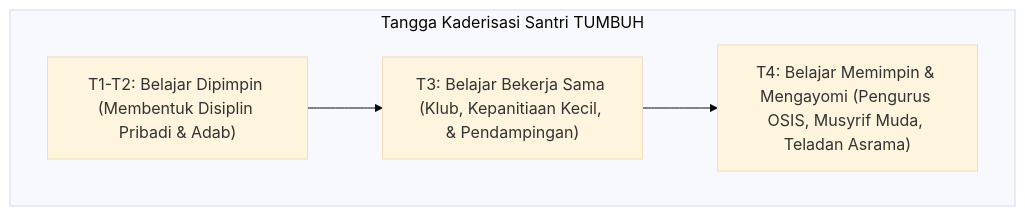
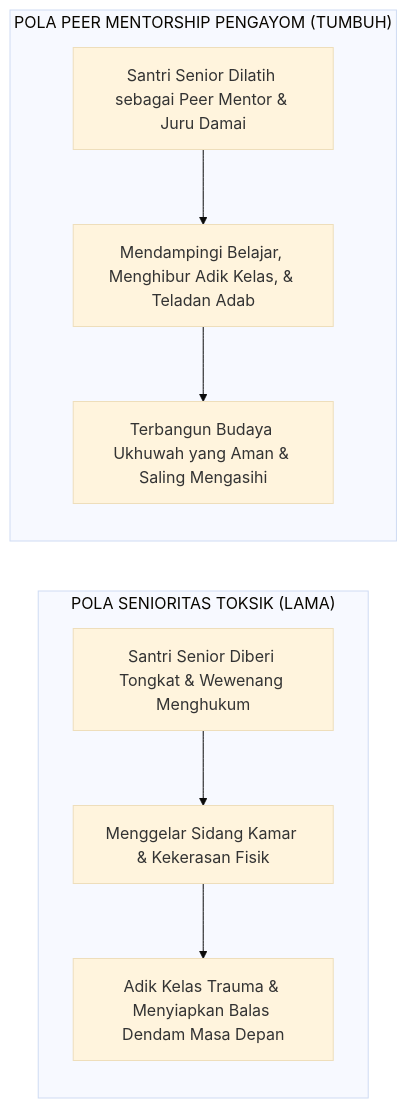
Before and after one commit to wandiapriliyandi/tumbuh: the first of 2 diagrams in 01 Philosophy/05 Leadership/P1-05-03-Kaderisasi-dan-Kepemimpinan-Santri.md, drawn with Mermaid (base theme). The commit also changed other lines of this file and 4 other files, not shown here.

Commit message:
docs(philosophy): elevate Sub-Domain 05 Leadership to gold standard of deep academic monographs with Qudwah, Servant Leadership, and Peer Mentorship

````diff
--- a/01 Philosophy/05 Leadership/P1-05-03-Kaderisasi-dan-Kepemimpinan-Santri.md
+++ b/01 Philosophy/05 Leadership/P1-05-03-Kaderisasi-dan-Kepemimpinan-Santri.md
@@ -12,10 +29,12 @@
 ```mermaid
-graph TD
-    subgraph Alur_Kaderisasi_Santri["Tangga Kaderisasi Santri TUMBUH"]
-        T1["T1-T2: Belajar Dipimpin (Membentuk Disiplin Pribadi & Adab)"]
-        T3["T3: Belajar Bekerja Sama (Klub, Kepanitiaan Kecil, & Pendampingan)"]
-        T4["T4: Belajar Memimpin & Mengayomi (Pengurus OSIS, Musyrif Muda, Teladan Asrama)"]
+graph LR
+    subgraph PolaLama["POLA SENIORITAS TOKSIK (LAMA)"]
+        SeniorTiran["Santri Senior Diberi Tongkat & Wewenang Menghukum"] --> Menindas["Menggelar Sidang Kamar & Kekerasan Fisik"]
+        Menindas --> RusakAdab["Adik Kelas Trauma & Menyiapkan Balas Dendam Masa Depan"]
     end
-    T1 --> T3
-    T3 --> T4
+
+    subgraph PolaTUMBUH["POLA PEER MENTORSHIP PENGAYOM (TUMBUH)"]
+        SeniorMentor["Santri Senior Dilatih sebagai Peer Mentor & Juru Damai"] --> Mengayomi["Mendampingi Belajar, Menghibur Adik Kelas, & Teladan Adab"]
+        Mengayomi --> MekarAdab["Terbangun Budaya Ukhuwah yang Aman & Saling Mengasihi"]
+    end
 ```
````
